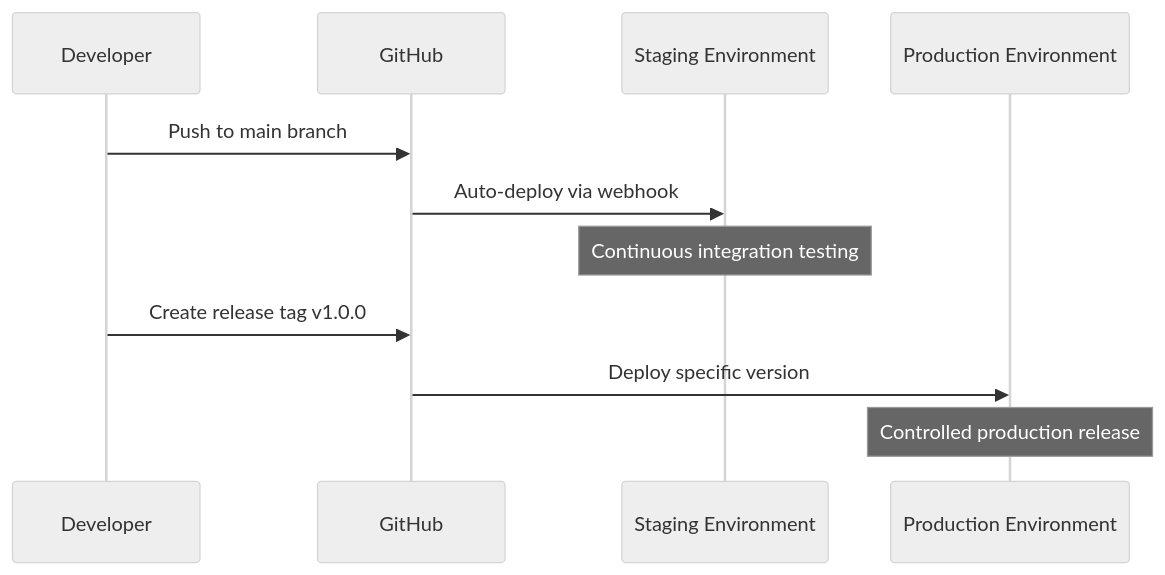
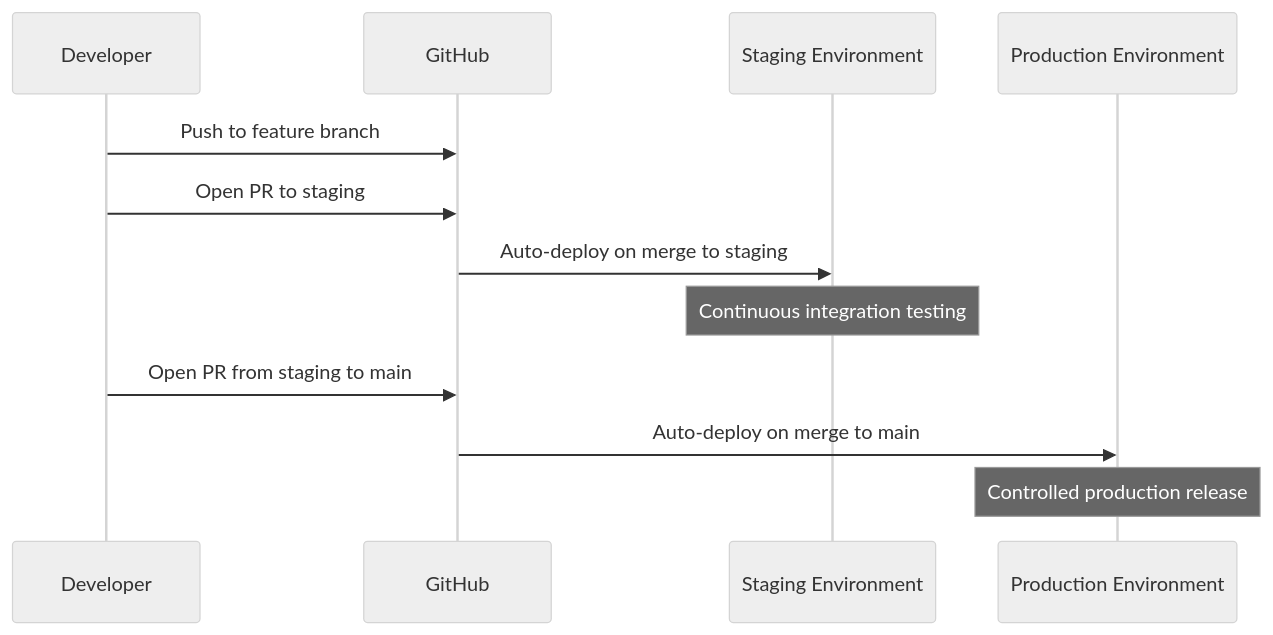
The third of 3 diagrams in services/ingestion/docs/system-solution/ingestion-service-architecture.md (gidorah/iss-data-analytics-system), drawn with Mermaid (neutral theme) before and after one commit. The commit also changed other lines of this file and 2 other files, not shown here.

First line of the commit message:
feat(cicd): Transition to branch-based deployment workflow

````diff
--- a/services/ingestion/docs/system-solution/ingestion-service-architecture.md
+++ b/services/ingestion/docs/system-solution/ingestion-service-architecture.md
@@ -278,14 +278,15 @@
 ```mermaid
 sequenceDiagram
     participant Dev as Developer
     participant GH as GitHub
     participant Staging as Staging Environment
     participant Prod as Production Environment
 
-    Dev->>GH: Push to main branch
-    GH->>Staging: Auto-deploy via webhook
+    Dev->>GH: Push to feature branch
+    Dev->>GH: Open PR to staging
+    GH->>Staging: Auto-deploy on merge to staging
     Note over Staging: Continuous integration testing
-    Dev->>GH: Create release tag v1.0.0
-    GH->>Prod: Deploy specific version
+    Dev->>GH: Open PR from staging to main
+    GH->>Prod: Auto-deploy on merge to main
     Note over Prod: Controlled production release
 ```
````
